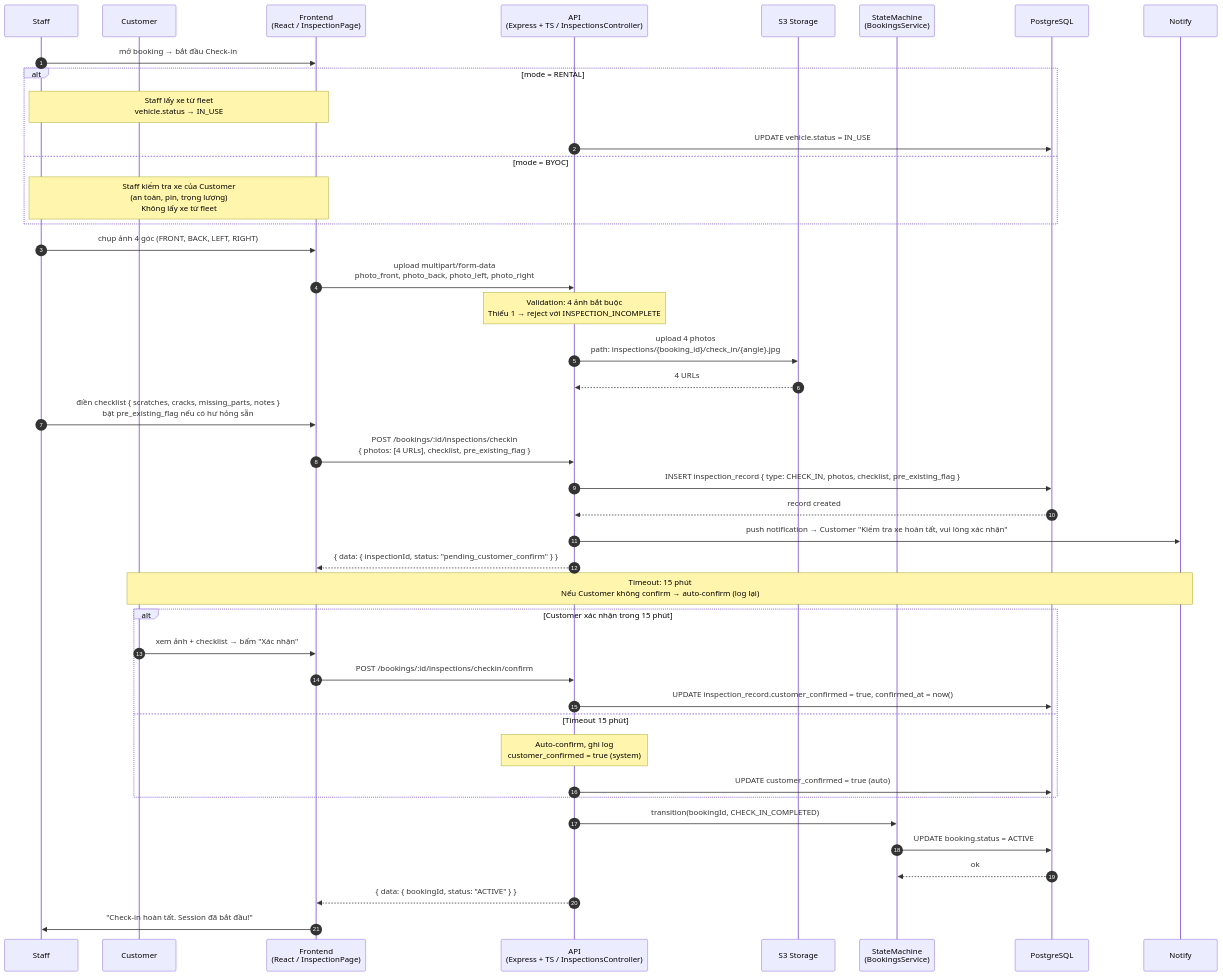
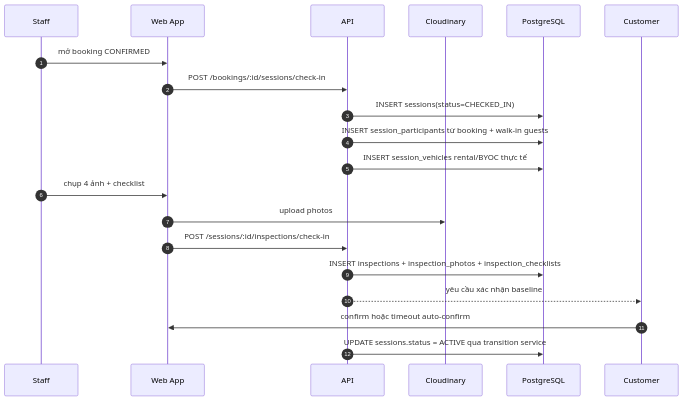
The third of 6 diagrams in docs/diagrams/sequence/sequence-flow-booking-lifecycle.md (RCField-SEP490/rcfield-spec), drawn with Mermaid before and after one commit. The commit also changed other lines of this file and 15 other files, not shown here.

First line of the commit message:
Refactor business rules for booking, dispute resolution, fleet management, inspections, promotions, and documentation updates

````diff
--- a/docs/diagrams/sequence/sequence-flow-booking-lifecycle.md
+++ b/docs/diagrams/sequence/sequence-flow-booking-lifecycle.md
@@ -135,55 +94,23 @@
 ```mermaid
 sequenceDiagram
     autonumber
-    participant P as Staff
-    participant U as Customer
-    participant M as Frontend<br/>(React / InspectionPage)
-    participant B as API<br/>(Express + TS / InspectionsController)
-    participant S3 as S3 Storage
-    participant SM as StateMachine<br/>(BookingsService)
+    participant S as Staff
+    participant W as Web App
+    participant API as API
+    participant ST as Cloudinary
     participant DB as PostgreSQL
-    participant N as Notify
+    participant C as Customer
 
-    P->>M: mở booking → bắt đầu Check-in
-
-    alt mode = RENTAL
-        Note over P,M: Staff lấy xe từ fleet<br/>vehicle.status → IN_USE
-        B->>DB: UPDATE vehicle.status = IN_USE
-    else mode = BYOC
-        Note over P,M: Staff kiểm tra xe của Customer<br/>(an toàn, pin, trọng lượng)<br/>Không lấy xe từ fleet
-    end
-
-    P->>M: chụp ảnh 4 góc (FRONT, BACK, LEFT, RIGHT)
-    M->>B: upload multipart/form-data<br/>photo_front, photo_back, photo_left, photo_right
-
-    Note over B: Validation: 4 ảnh bắt buộc<br/>Thiếu 1 → reject với INSPECTION_INCOMPLETE
-
-    B->>S3: upload 4 photos<br/>path: inspections/{booking_id}/check_in/{angle}.jpg
-    S3-->>B: 4 URLs
-
-    P->>M: điền checklist { scratches, cracks, missing_parts, notes }<br/>bật pre_existing_flag nếu có hư hỏng sẵn
-
-    M->>B: POST /bookings/:id/inspections/checkin<br/>{ photos: [4 URLs], checklist, pre_existing_flag }
-    B->>DB: INSERT inspection_record { type: CHECK_IN, photos, checklist, pre_existing_flag }
-    DB-->>B: record created
-
-    B->>N: push notification → Customer "Kiểm tra xe hoàn tất, vui lòng xác nhận"
-    B-->>M: { data: { inspectionId, status: "pending_customer_confirm" } }
-
-    Note over U,N: Timeout: 15 phút<br/>Nếu Customer không confirm → auto-confirm (log lại)
-
-    alt Customer xác nhận trong 15 phút
-        U->>M: xem ảnh + checklist → bấm "Xác nhận"
-        M->>B: POST /bookings/:id/inspections/checkin/confirm
-        B->>DB: UPDATE inspection_record.customer_confirmed = true, confirmed_at = now()
-    else Timeout 15 phút
-        Note over B: Auto-confirm, ghi log<br/>customer_confirmed = true (system)
-        B->>DB: UPDATE customer_confirmed = true (auto)
-    end
-
-    B->>SM: transition(bookingId, CHECK_IN_COMPLETED)
-    SM->>DB: UPDATE booking.status = ACTIVE
-    DB-->>SM: ok
-    B-->>M: { data: { bookingId, status: "ACTIVE" } }
-    M->>P: "Check-in hoàn tất. Session đã bắt đầu!"
+    S->>W: mở booking CONFIRMED
+    W->>API: POST /bookings/:id/sessions/check-in
+    API->>DB: INSERT sessions(status=CHECKED_IN)
+    API->>DB: INSERT session_participants từ booking + walk-in guests
+    API->>DB: INSERT session_vehicles rental/BYOC thực tế
+    S->>W: chụp 4 ảnh + checklist
+    W->>ST: upload photos
+    W->>API: POST /sessions/:id/inspections/check-in
+    API->>DB: INSERT inspections + inspection_photos + inspection_checklists
+    API-->>C: yêu cầu xác nhận baseline
+    C->>W: confirm hoặc timeout auto-confirm
+    API->>DB: UPDATE sessions.status = ACTIVE qua transition service
 ```
````
